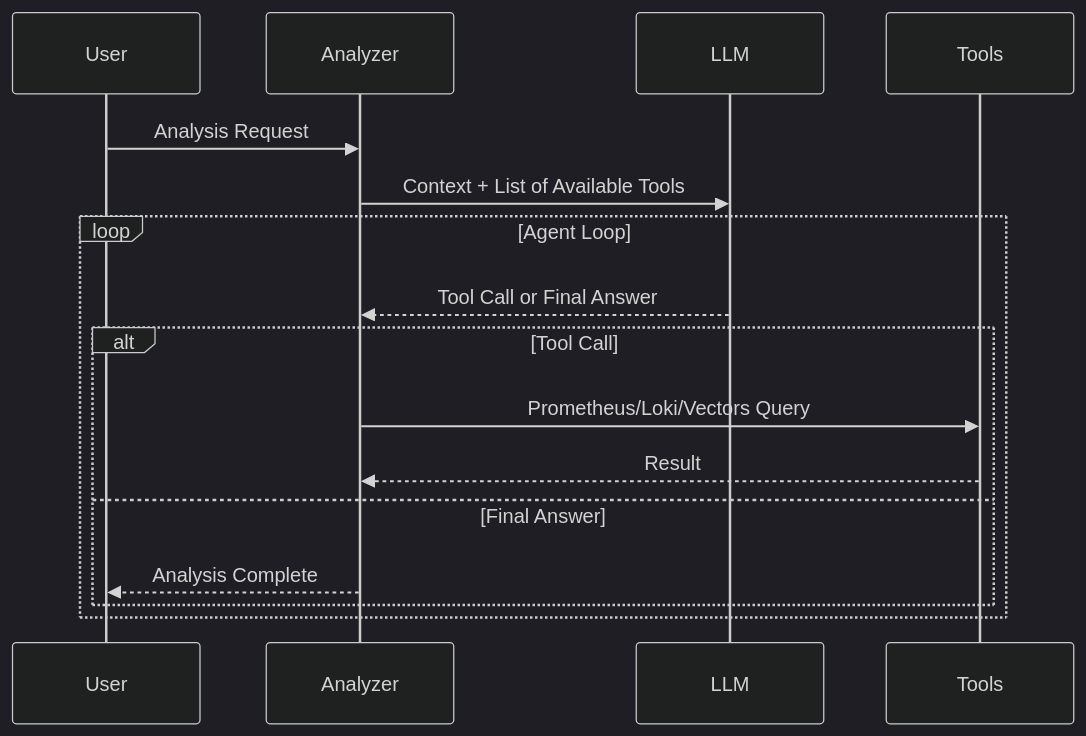
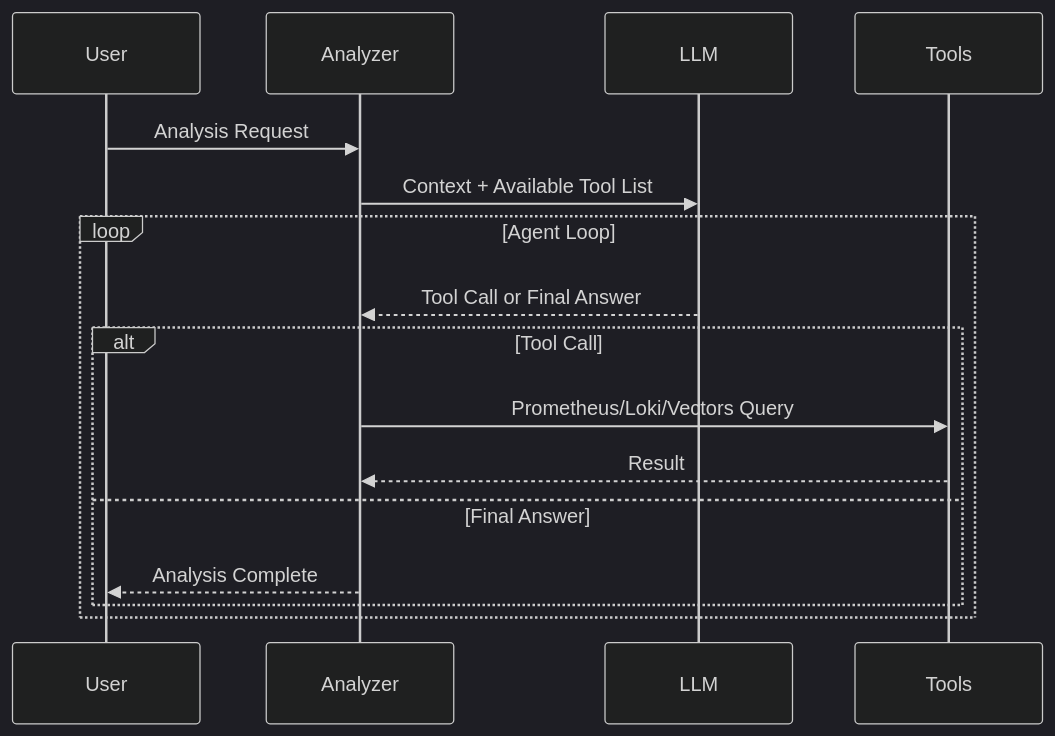
Before and after one commit to mandacode-labs/mandacode-devs: the second of 2 diagrams in src/content/blog/en/meerkat-deep-dive.md, drawn with Mermaid (dark theme). The commit also changed other lines of this file and 14 other files, not shown here.

````diff
--- a/src/content/blog/en/meerkat-deep-dive.md
+++ b/src/content/blog/en/meerkat-deep-dive.md
@@ -59,21 +58,21 @@
 ```mermaid
 sequenceDiagram
     participant User as User
     participant Analyzer as Analyzer
     participant LLM as LLM
     participant Tools as Tools
 
     User->>Analyzer: Analysis Request
-    Analyzer->>LLM: Context + List of Available Tools
+    Analyzer->>LLM: Context + Available Tool List
 
     loop Agent Loop
         LLM-->>Analyzer: Tool Call or Final Answer
 
         alt Tool Call
             Analyzer->>Tools: Prometheus/Loki/Vectors Query
             Tools-->>Analyzer: Result
         else Final Answer
             Analyzer-->>User: Analysis Complete
         end
     end
 ```
````
